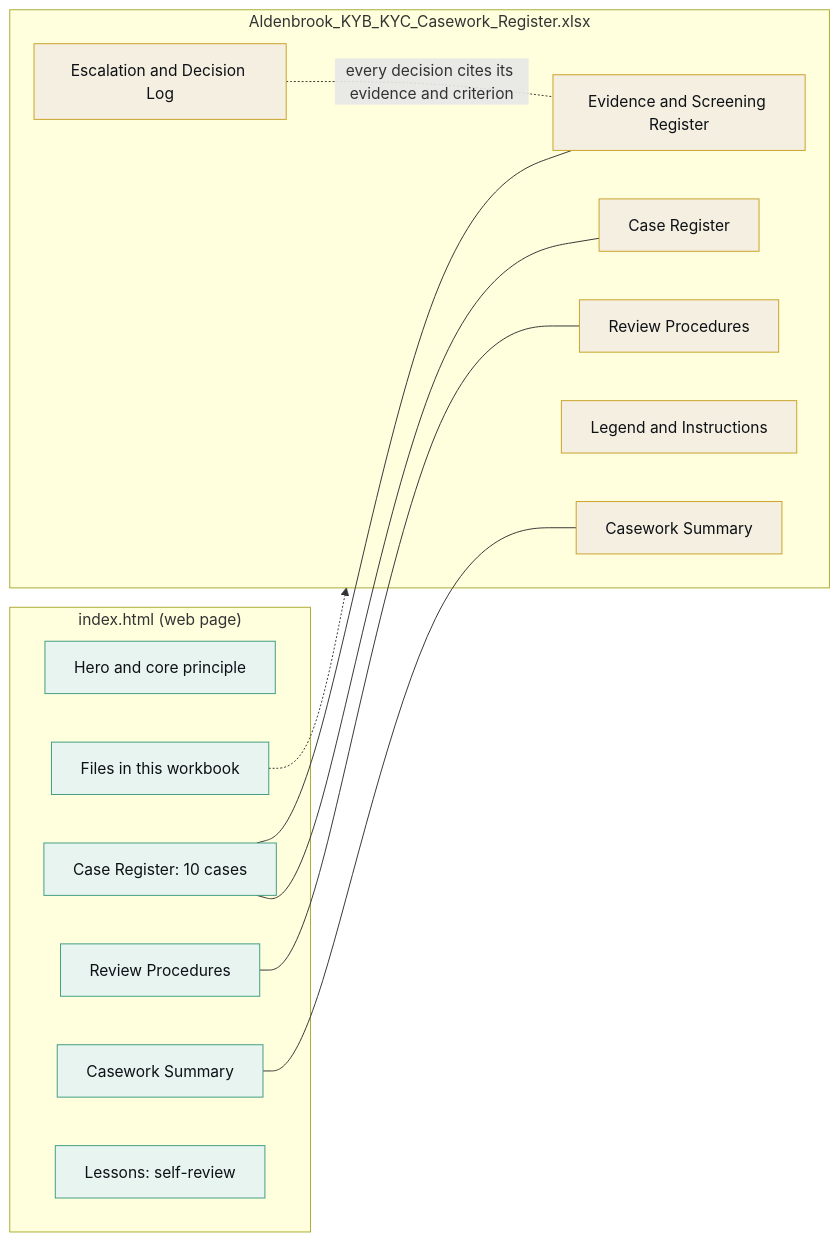
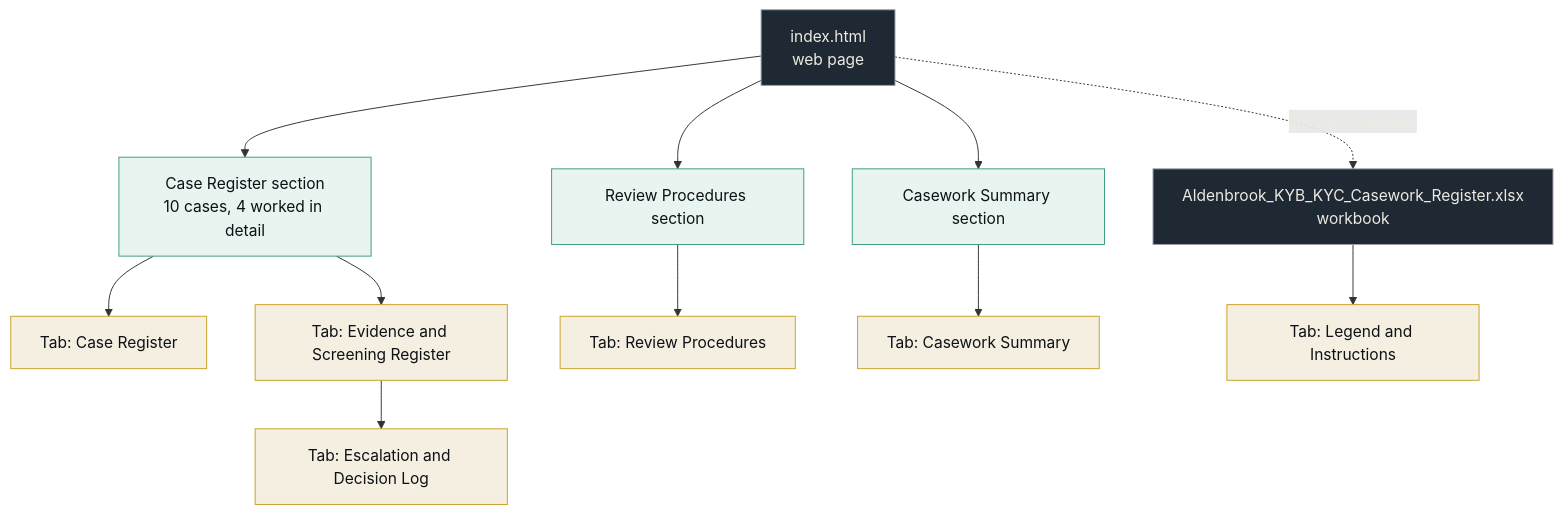
Before and after one commit to TJON-Star/Aldenbrook-Pay-KYB-KYC-Sanctions-Casework-Register: the first of 7 diagrams in README.md, drawn with Mermaid. The commit also changed other lines of this file, not shown here.

````diff
--- a/README.md
+++ b/README.md
@@ -13,32 +13,25 @@
 ```mermaid
-flowchart LR
-    subgraph WEB["index.html (web page)"]
-        H["Hero and core principle"]
-        F["Files in this workbook"]
-        C["Case Register: 10 cases"]
-        P["Review Procedures"]
-        S["Casework Summary"]
-        L["Lessons: self-review"]
-    end
+flowchart TB
+    WEB["index.html<br/>web page"]
+    XLSX["Aldenbrook_KYB_KYC_Casework_Register.xlsx<br/>workbook"]
+    WEB -.->|"links to download"| XLSX
 
-    subgraph XLSX["Aldenbrook_KYB_KYC_Casework_Register.xlsx"]
-        T1["Case Register"]
-        T2["Evidence and Screening Register"]
-        T3["Review Procedures"]
-        T4["Escalation and Decision Log"]
-        T5["Legend and Instructions"]
-        T6["Casework Summary"]
-    end
+    WEB --> C["Case Register section<br/>10 cases, 4 worked in detail"]
+    WEB --> P["Review Procedures section"]
+    WEB --> S["Casework Summary section"]
 
-    C --- T1
-    C --- T2
-    P --- T3
-    S --- T6
-    F -.-> XLSX
-    T4 -. "every decision cites its evidence and criterion" .- T2
+    C --> T1["Tab: Case Register"]
+    C --> T2["Tab: Evidence and Screening Register"]
+    P --> T3["Tab: Review Procedures"]
+    S --> T6["Tab: Casework Summary"]
+    T2 --> T4["Tab: Escalation and Decision Log"]
 
+    XLSX --> T5["Tab: Legend and Instructions"]
+
+    classDef root fill:#1f2933,stroke:#9CA0AC,color:#EDEAE2;
     classDef web fill:#e8f4f0,stroke:#3F9C82,color:#0E1116;
     classDef sheet fill:#f4efe0,stroke:#C9A227,color:#0E1116;
-    class H,F,C,P,S,L web;
+    class WEB,XLSX root;
+    class C,P,S web;
     class T1,T2,T3,T4,T5,T6 sheet;
 ```
````
